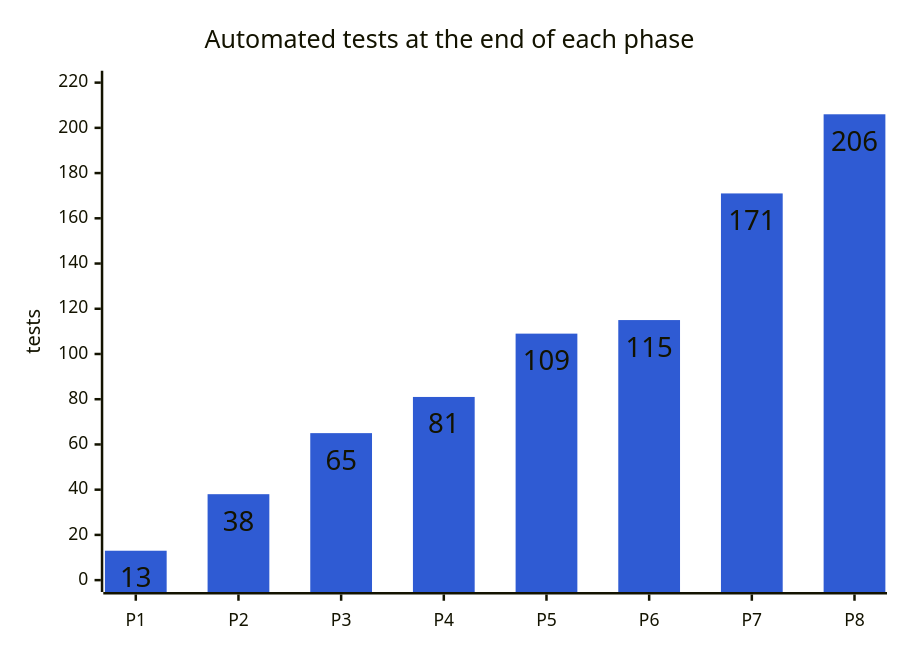
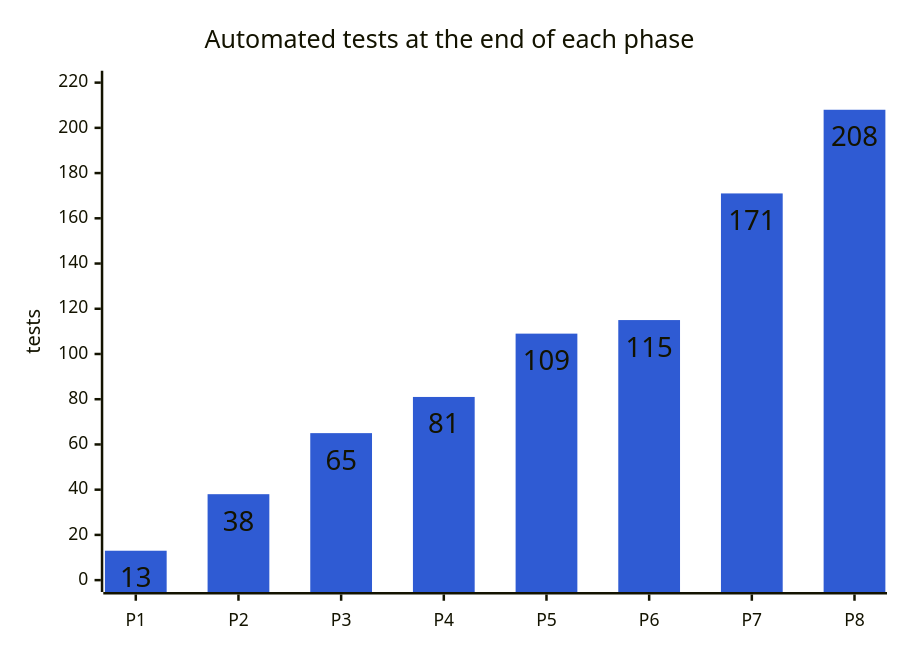
The diagram in docs/handbook/diagrams/14-chart-tests-by-phase.mmd (abdulmdev/sentinel-incident-copilot), drawn with Mermaid before and after one commit. The commit also changed 14 other files, not shown here.

```diff
--- a/docs/handbook/diagrams/14-chart-tests-by-phase.mmd
+++ b/docs/handbook/diagrams/14-chart-tests-by-phase.mmd
@@ -1,13 +1,13 @@
 ---
 config:
   xyChart:
     showDataLabel: true
   themeVariables:
     xyChart:
       plotColorPalette: "#2f5bd3"
 ---
 xychart-beta
   title "Automated tests at the end of each phase"
   x-axis ["P1", "P2", "P3", "P4", "P5", "P6", "P7", "P8"]
   y-axis "tests" 0 --> 220
-  bar [13, 38, 65, 81, 109, 115, 171, 206]
+  bar [13, 38, 65, 81, 109, 115, 171, 208]
```
